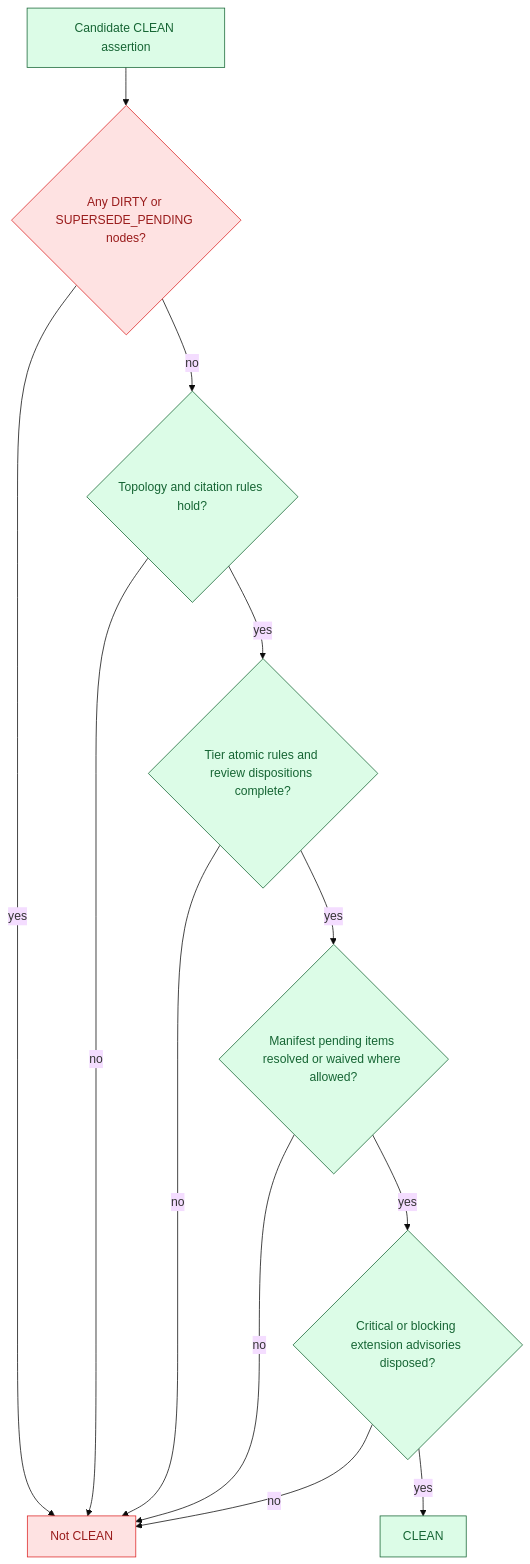
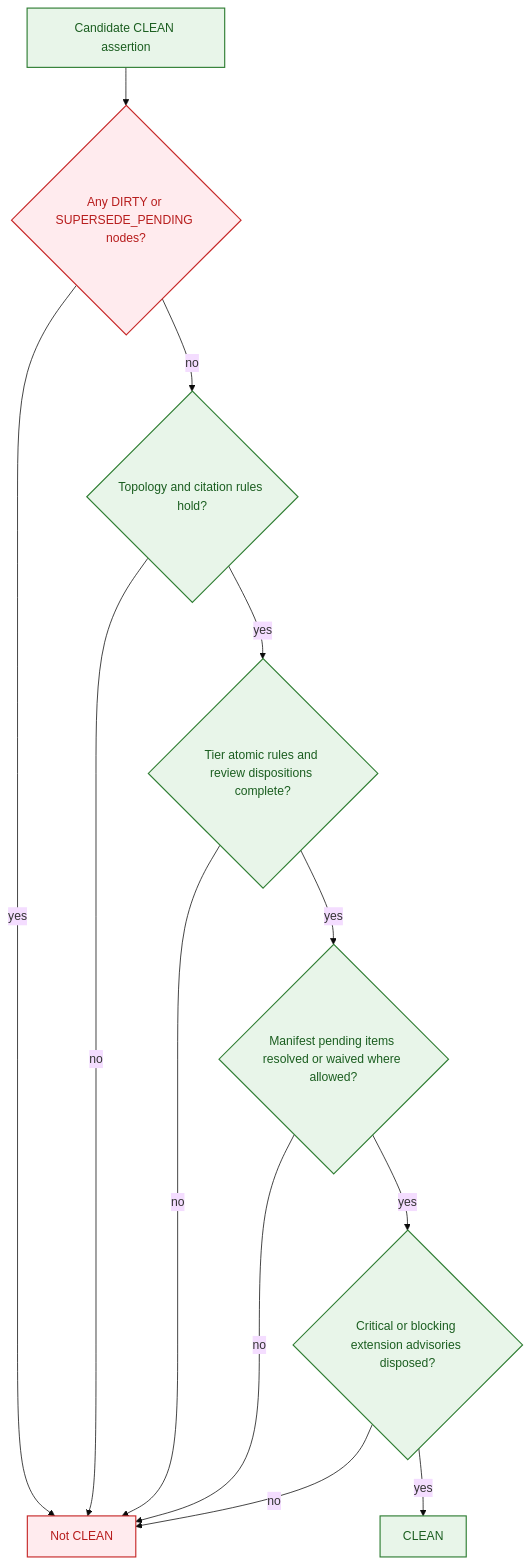
Before and after one commit to formosa/Antigravity: diagram 23 of 28 in .agent/assets/proposals/active/v6.3/ddr_ref_manual_v6.3.md, drawn with Mermaid (base theme). The commit also changed other lines of this file, not shown here.

Commit message:
docs: add DDR System v6.3 reference manual with authority and operational guidelines

````diff
--- a/.agent/assets/proposals/active/v6.3/ddr_ref_manual_v6.3.md
+++ b/.agent/assets/proposals/active/v6.3/ddr_ref_manual_v6.3.md
@@ -1695,19 +1803,21 @@
 ```mermaid
 flowchart TD
+    accTitle: CLEAN-state validation gate
+    accDescr: Shows the ordered checks that must all pass before a DDR graph may be declared CLEAN.
     START["Candidate CLEAN assertion"] --> STATUS{"Any DIRTY or SUPERSEDE_PENDING nodes?"}
     STATUS -->|yes| FAIL["Not CLEAN"]
     STATUS -->|no| TOPO{"Topology and citation rules hold?"}
     TOPO -->|no| FAIL
     TOPO -->|yes| ATOMIC{"Tier atomic rules and review dispositions complete?"}
     ATOMIC -->|no| FAIL
     ATOMIC -->|yes| MANIFEST{"Manifest pending items resolved or waived where allowed?"}
     MANIFEST -->|no| FAIL
     MANIFEST -->|yes| EXT{"Critical or blocking extension advisories disposed?"}
     EXT -->|no| FAIL
     EXT -->|yes| CLEAN["CLEAN"]
 
-    classDef normative fill:#dcfce7,stroke:#166534,color:#166534;
-    classDef alert fill:#fee2e2,stroke:#dc2626,color:#991b1b;
+    classDef normative fill:#e8f5e9,stroke:#2e7d32,color:#1b5e20,stroke-width:1.5px;
+    classDef alert fill:#ffebee,stroke:#c62828,color:#b71c1c,stroke-width:1.5px;
     class START,TOPO,ATOMIC,MANIFEST,EXT,CLEAN normative;
     class STATUS,FAIL alert;
 ```
````
